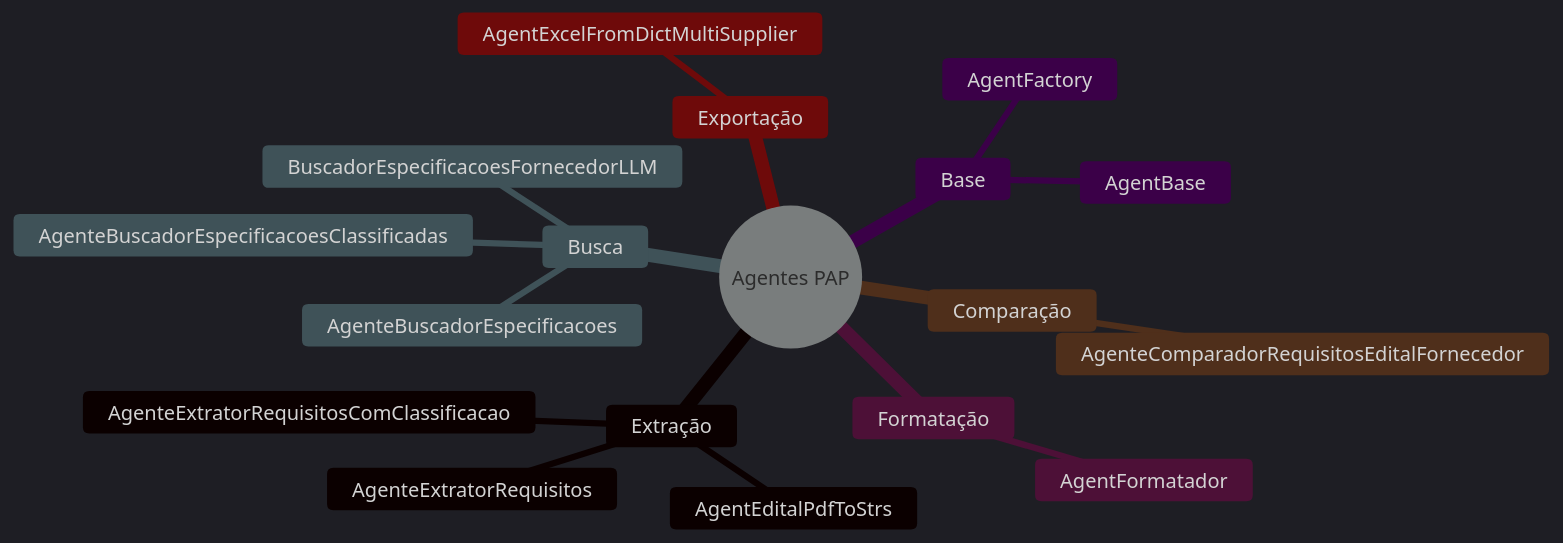
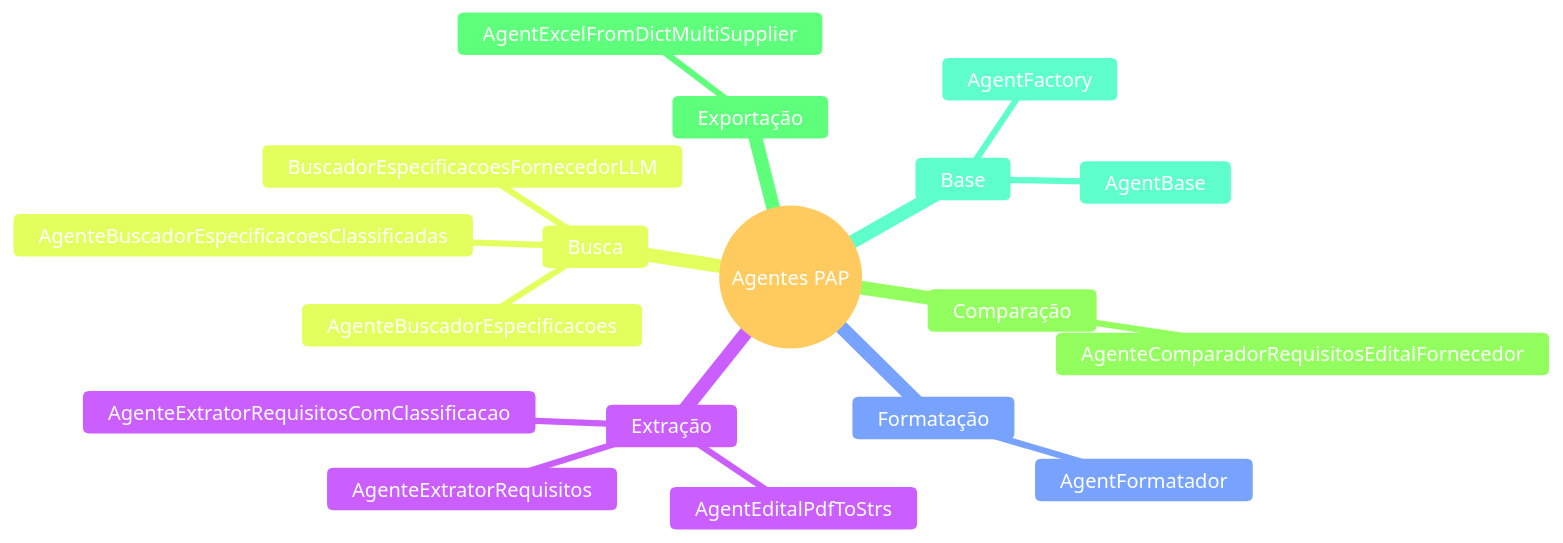
The fourth of 6 diagrams in README.md (ElissonRodrigues/fluxograma), drawn with Mermaid before and after one commit.

Commit message:
Update Mermaid diagram theme in README.md

````diff
--- a/README.md
+++ b/README.md
@@ -118,22 +118,22 @@
 ```mermaid
-%%{init: {"theme": "dark"}}%%
+%%{init: {"theme": "base", "darkMode": true, "themeVariables": {"background": "#1f2937", "primaryTextColor": "#ffffff", "lineColor": "#9ca3af", "textColor": "#ffffff", "pie1": "#374151", "pie2": "#4b5563", "pie3": "#6b7280", "pie4": "#1e3a8a", "pie5": "#7c3aed", "pie6": "#059669"}}}%%
 mindmap
   root((Agentes PAP))
     Extração
       AgentEditalPdfToStrs
       AgenteExtratorRequisitos
       AgenteExtratorRequisitosComClassificacao
     Formatação
       AgentFormatador
     Busca
       AgenteBuscadorEspecificacoes
       AgenteBuscadorEspecificacoesClassificadas
       BuscadorEspecificacoesFornecedorLLM
     Comparação
       AgenteComparadorRequisitosEditalFornecedor
     Exportação
       AgentExcelFromDictMultiSupplier
     Base
       AgentBase
       AgentFactory
 ```
````
